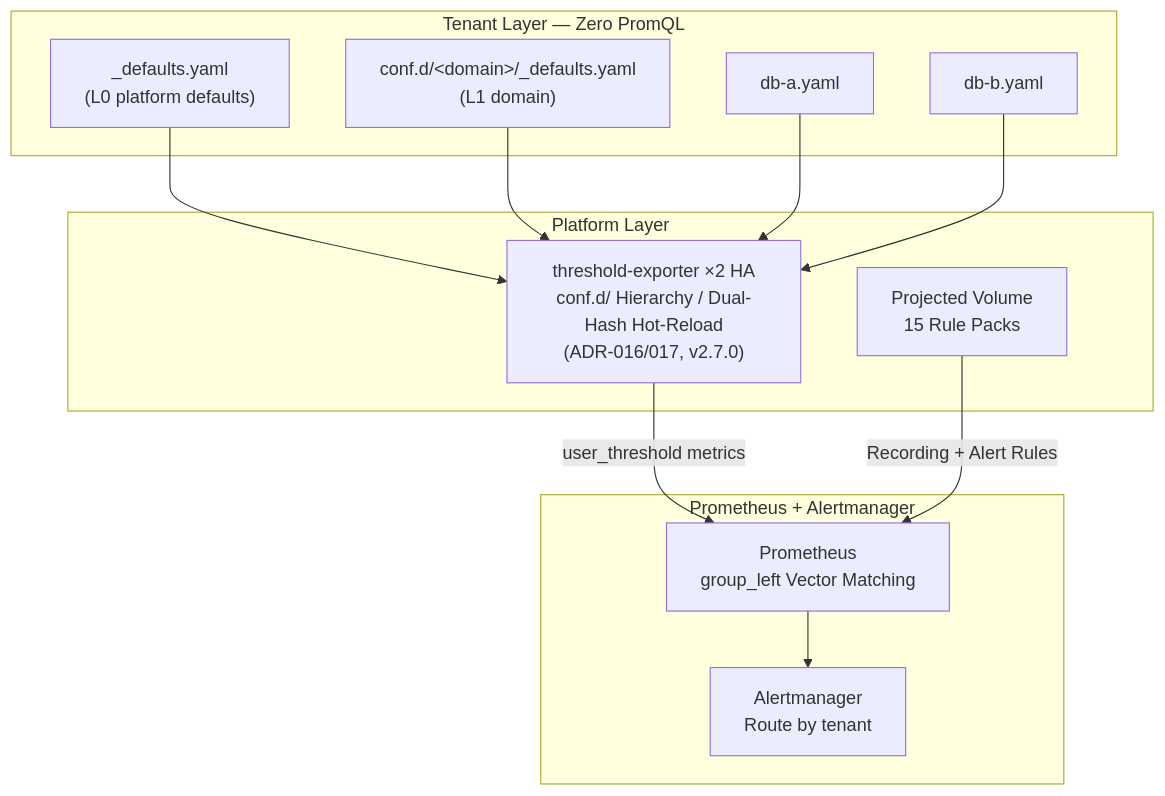
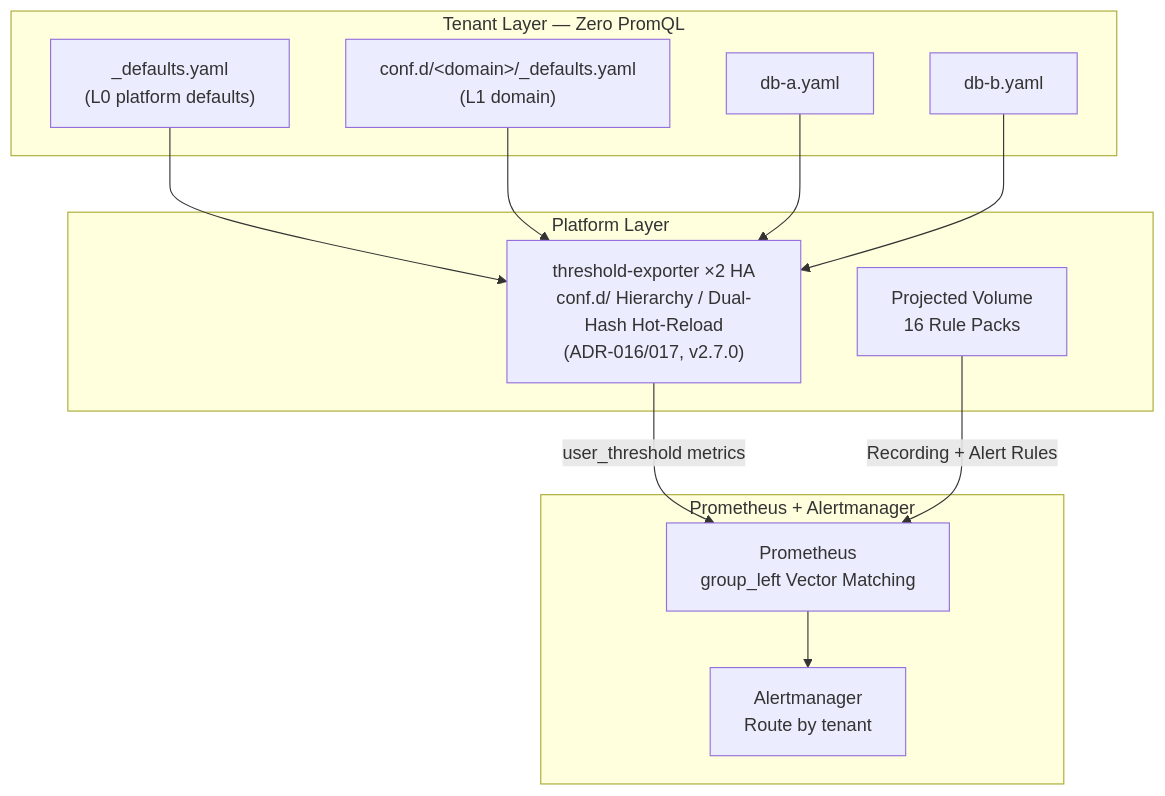
Before and after one commit to vencil/Dynamic-Alerting-Integrations: the diagram in README.en.md, drawn with Mermaid. The commit also changed other lines of this file and 25 other files, not shown here.

````diff
--- a/README.en.md
+++ b/README.en.md
@@ -49,27 +49,27 @@
 ```mermaid
 graph TD
     subgraph TL["Tenant Layer — Zero PromQL"]
         D["_defaults.yaml<br/>(L0 platform defaults)"]
         DOM["conf.d/&lt;domain&gt;/_defaults.yaml<br/>(L1 domain)"]
         T1["db-a.yaml"]
         T2["db-b.yaml"]
     end
 
     subgraph PL["Platform Layer"]
         TE["threshold-exporter ×2 HA<br/>conf.d/ Hierarchy / Dual-Hash Hot-Reload<br/>(ADR-016/017, v2.7.0)"]
-        RP["Projected Volume<br/>15 Rule Packs"]
+        RP["Projected Volume<br/>16 Rule Packs"]
     end
 
     subgraph PE["Prometheus + Alertmanager"]
         PROM["Prometheus<br/>group_left Vector Matching"]
         AM["Alertmanager<br/>Route by tenant"]
     end
 
     D --> TE
     DOM --> TE
     T1 --> TE
     T2 --> TE
     TE -->|user_threshold metrics| PROM
     RP -->|Recording + Alert Rules| PROM
     PROM --> AM
 ```
````
